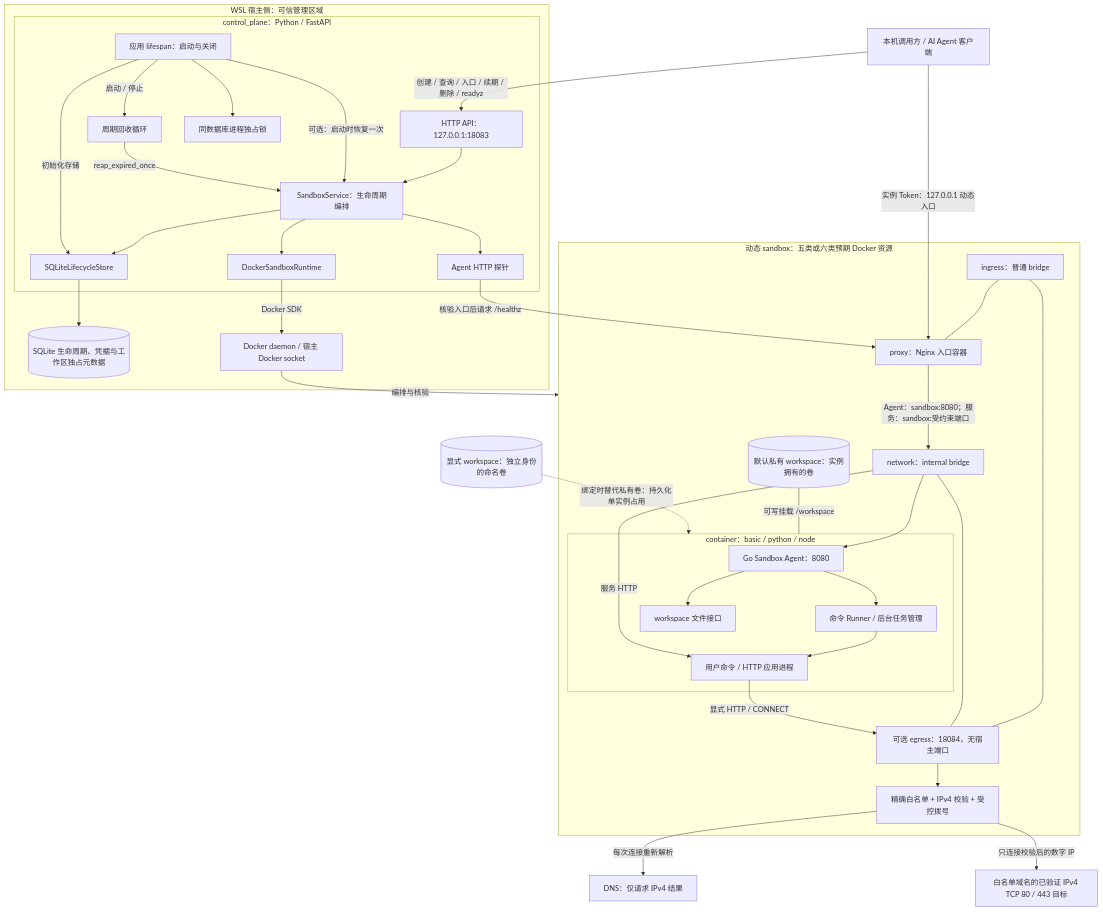
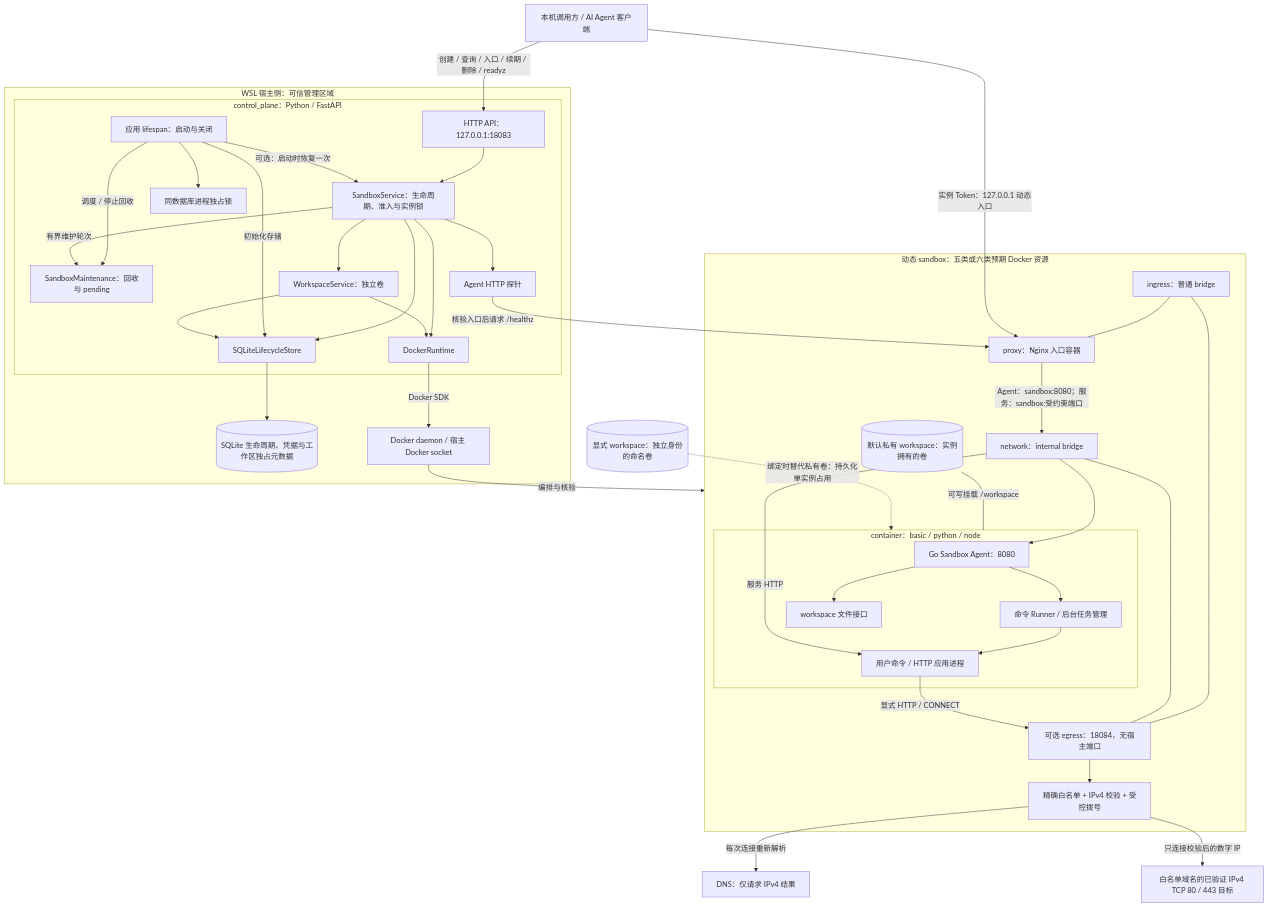
Before and after one commit to nico-hua/agent-sandbox: the diagram in docs/ARCHITECTURE.md, drawn with Mermaid. The commit also changed other lines of this file and 279 other files, not shown here.

````diff
--- a/docs/ARCHITECTURE.md
+++ b/docs/ARCHITECTURE.md
@@ -16,69 +16,73 @@
 ```mermaid
 flowchart TB
     Client["本机调用方 / AI Agent 客户端"]
 
     subgraph Host["WSL 宿主侧：可信管理区域"]
         subgraph Control["control_plane：Python / FastAPI"]
             API["HTTP API：127.0.0.1:18083"]
-            Service["SandboxService：生命周期编排"]
+            Service["SandboxService：生命周期、准入与实例锁"]
             Lifespan["应用 lifespan：启动与关闭"]
-            Reaper["周期回收循环"]
+            Maintenance["SandboxMaintenance：回收与 pending"]
+            WorkspaceService["WorkspaceService：独立卷"]
             Store["SQLiteLifecycleStore"]
-            Runtime["DockerSandboxRuntime"]
+            Runtime["DockerRuntime"]
             Probe["Agent HTTP 探针"]
             Lock["同数据库进程独占锁"]
             API --> Service
             Service --> Store
             Service --> Runtime
             Service --> Probe
             Lifespan --> Lock
             Lifespan -->|"初始化存储"| Store
             Lifespan -->|"可选：启动时恢复一次"| Service
-            Lifespan -->|"启动 / 停止"| Reaper
-            Reaper -->|"reap_expired_once"| Service
+            Lifespan -->|"调度 / 停止回收"| Maintenance
+            Service -->|"有界维护轮次"| Maintenance
+            Service --> WorkspaceService
+            WorkspaceService --> Store
+            WorkspaceService --> Runtime
         end
         DB[("SQLite 生命周期、凭据与工作区独占元数据")]
         Daemon["Docker daemon / 宿主 Docker socket"]
         Store --> DB
         Runtime -->|"Docker SDK"| Daemon
     end
 
     subgraph Instance["动态 sandbox：五类或六类预期 Docker 资源"]
         Ingress["ingress：普通 bridge"]
         Entry["proxy：Nginx 入口容器"]
         Internal["network：internal bridge"]
         Workspace[("默认私有 workspace：实例拥有的卷")]
         subgraph Sandbox["container：basic / python / node"]
             Agent["Go Sandbox Agent：8080"]
             Runner["命令 Runner / 后台任务管理"]
             Files["workspace 文件接口"]
             Process["用户命令 / HTTP 应用进程"]
             Agent --> Runner
             Runner --> Process
             Agent --> Files
         end
         EgressServer["可选 egress：18084，无宿主端口"]
         Guard["精确白名单 + IPv4 校验 + 受控拨号"]
         Ingress --- EgressServer
         Internal --- EgressServer
         Process -->|"显式 HTTP / CONNECT"| EgressServer
         EgressServer --> Guard
         Ingress --- Entry
         Entry -->|"Agent：sandbox:8080；服务：sandbox:受约束端口"| Internal
         Internal --> Agent
         Internal -->|"服务 HTTP"| Process
         Workspace ---|"可写挂载 /workspace"| Sandbox
     end
 
     IndependentWorkspace[("显式 workspace：独立身份的命名卷")]
     IndependentWorkspace -.->|"绑定时替代私有卷：持久化单实例占用"| Sandbox
 
     DNS["DNS：仅请求 IPv4 结果"]
     Target["白名单域名的已验证 IPv4 TCP 80 / 443 目标"]
     Client -->|"创建 / 查询 / 入口 / 续期 / 删除 / readyz"| API
     Client -->|"实例 Token：127.0.0.1 动态入口"| Entry
     Probe -->|"核验入口后请求 /healthz"| Entry
     Daemon -->|"编排与核验"| Instance
     Guard -->|"每次连接重新解析"| DNS
     Guard -->|"只连接校验后的数字 IP"| Target
 ```
````
